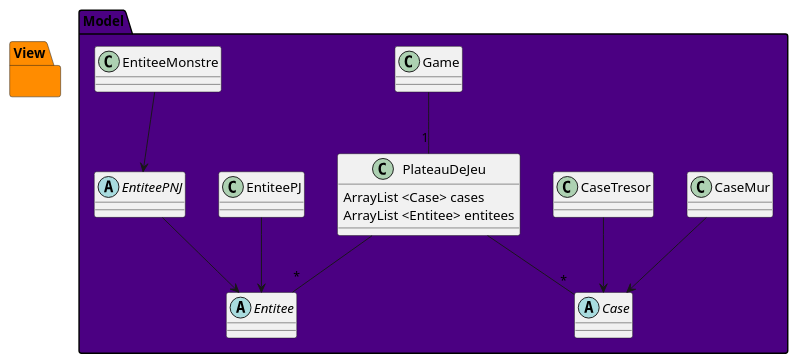
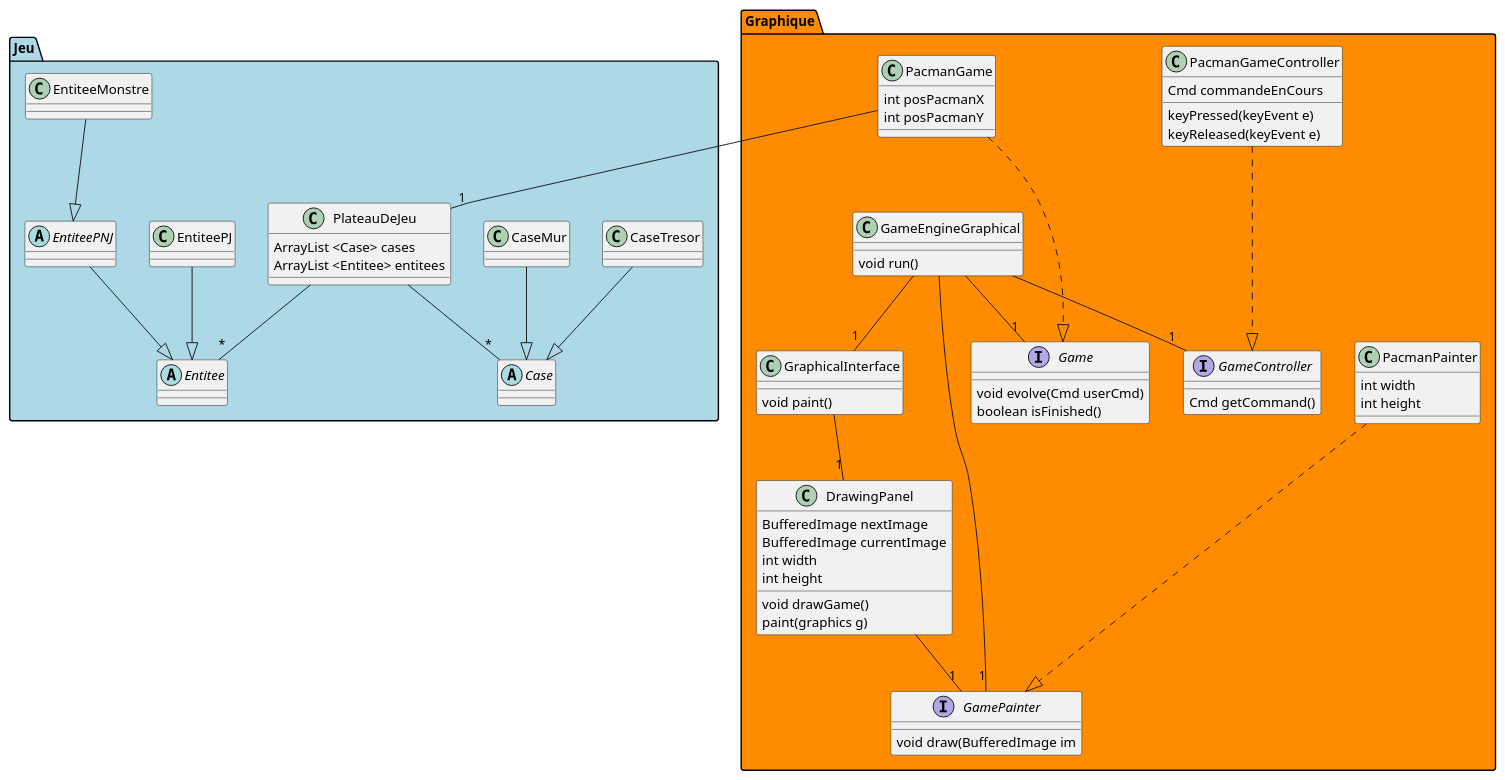
The diagram in uml/sprint0.puml (Zixun214/PacmanACL), drawn with PlantUML before and after one commit. The commit also changed 1 other file, not shown here.

Commit message:
Ajout partie graphique UML

```diff
--- a/uml/sprint0.puml
+++ b/uml/sprint0.puml
@@ -1,31 +1,89 @@
 @startuml
 
-package Model #indigo{
+package Jeu #LightBlue{
     abstract class Case
     class CaseTresor
     class CaseMur
     abstract class Entitee
     class EntiteePJ
     abstract class EntiteePNJ
     class EntiteeMonstre
     class PlateauDeJeu{
         ArrayList <Case> cases
         ArrayList <Entitee> entitees
     }
-    class Game
 
-    CaseTresor --> Case
-    CaseMur --> Case
-    EntiteeMonstre --> EntiteePNJ
-    EntiteePNJ --> Entitee
-    EntiteePJ --> Entitee
+    CaseTresor --|> Case
+    CaseMur --|> Case
+    EntiteeMonstre --|> EntiteePNJ
+    EntiteePNJ --|> Entitee
+    EntiteePJ --|> Entitee
 
     PlateauDeJeu --"*" Case
     PlateauDeJeu --"*" Entitee
-
-    Game --"1" PlateauDeJeu
 }
 
-package View #DarkOrange{}
+package Graphique #DarkOrange{
+
+    interface Game{
+        void evolve(Cmd userCmd)
+        boolean isFinished()
+    }
+
+    class PacmanGame{
+        int posPacmanX
+        int posPacmanY
+    }
+
+    interface GameController{
+        Cmd getCommand()
+    }
+
+    class PacmanGameController{
+        Cmd commandeEnCours
+        keyPressed(keyEvent e)
+        keyReleased(keyEvent e)
+    }
+
+    interface GamePainter{
+        void draw(BufferedImage im
+    }
+
+    class PacmanPainter{
+        int width
+        int height
+    }
+
+    class DrawingPanel{
+        BufferedImage nextImage
+        BufferedImage currentImage
+        int width
+        int height
+        void drawGame()
+        paint(graphics g)
+    }
+
+    class GraphicalInterface{
+        void paint()
+    }
+
+    class GameEngineGraphical{
+        void run()
+    }
+
+    PacmanGame -.-|> Game
+    PacmanGameController -.-|> GameController
+    PacmanPainter -.-|> GamePainter
+
+    DrawingPanel --"1" GamePainter
+    GraphicalInterface --"1" DrawingPanel
+
+    GameEngineGraphical --"1" GraphicalInterface
+    GameEngineGraphical --"1" Game
+    GameEngineGraphical --"1" GameController
+    GameEngineGraphical --"1" GamePainter
+}
+
+PacmanGame --"1" PlateauDeJeu
 
 @enduml
```
